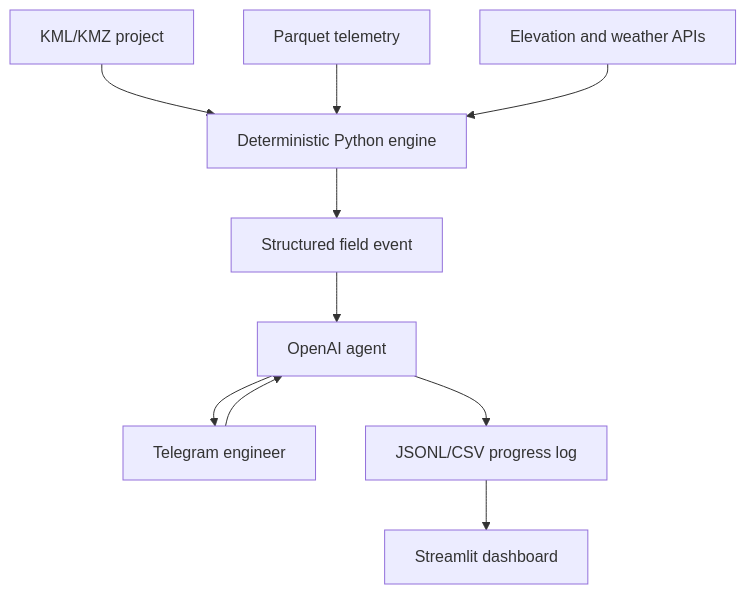
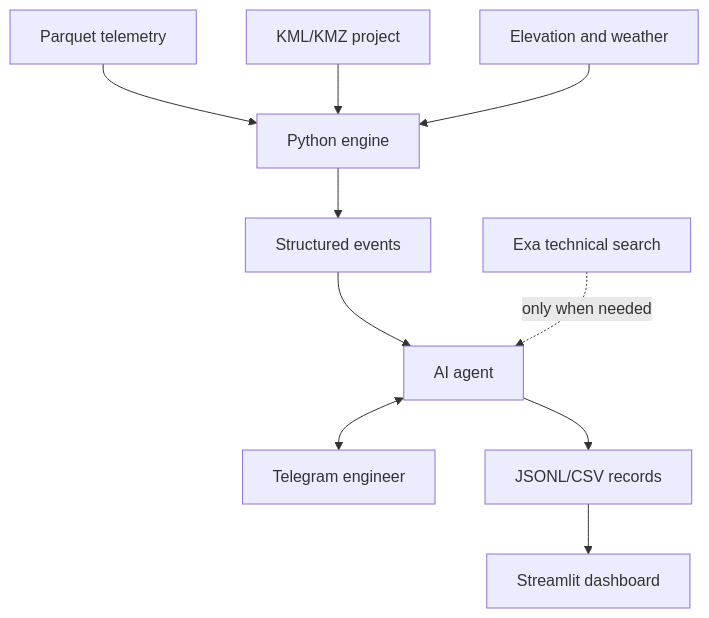
One commit to CAIOZANETTI/machine2pipe-ai changed the diagram in README.md. Above: the diagram before and after it, drawn with Mermaid. The commit also changed other lines of this file, not shown here.

Commit message:
Refine MVP plan, inputs, outputs, Telegram and Exa roles

````diff
--- a/README.md
+++ b/README.md
@@ -51,12 +224,12 @@
-~~~mermaid
+```mermaid
 flowchart TD
-    A["KML/KMZ project"] --> C["Deterministic Python engine"]
-    B["Parquet telemetry"] --> C
-    W["Elevation and weather APIs"] --> C
-    C --> D["Structured field event"]
-    D --> E["OpenAI agent"]
-    E --> F["Telegram engineer"]
-    F --> E
-    E --> G["JSONL/CSV progress log"]
-    G --> H["Streamlit dashboard"]
-~~~
+    A["Parquet telemetry"] --> D["Python engine"]
+    B["KML/KMZ project"] --> D
+    C["Elevation and weather"] --> D
+    D --> E["Structured events"]
+    E --> F["AI agent"]
+    X["Exa technical search"] -. only when needed .-> F
+    F <--> G["Telegram engineer"]
+    F --> H["JSONL/CSV records"]
+    H --> I["Streamlit dashboard"]
+```
````
